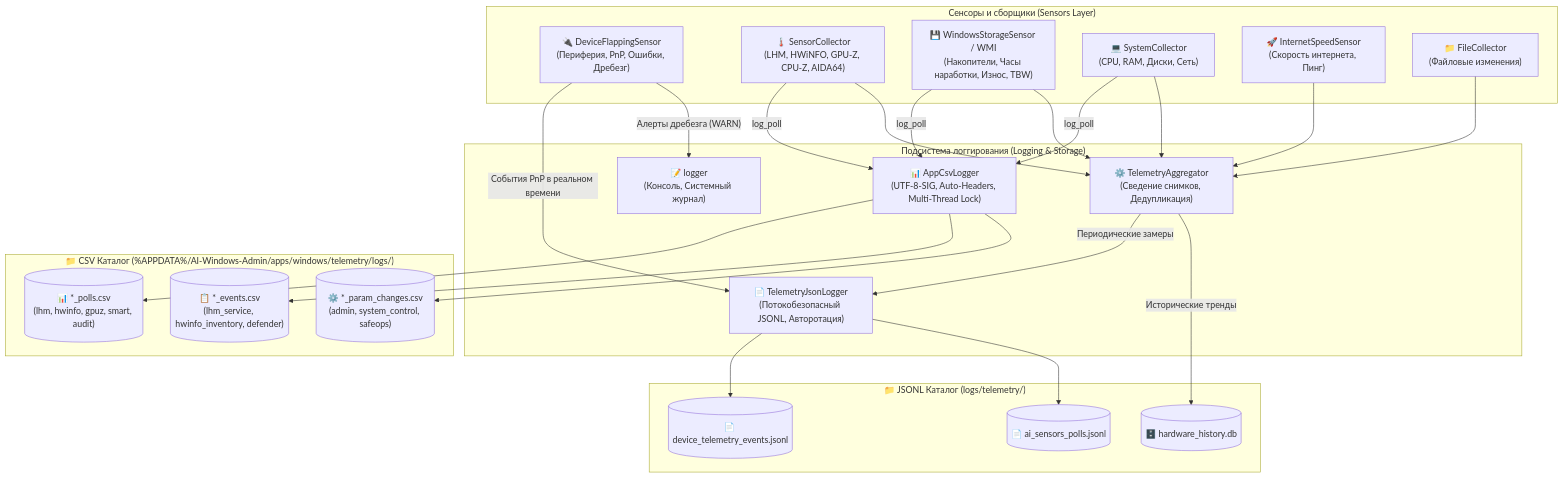
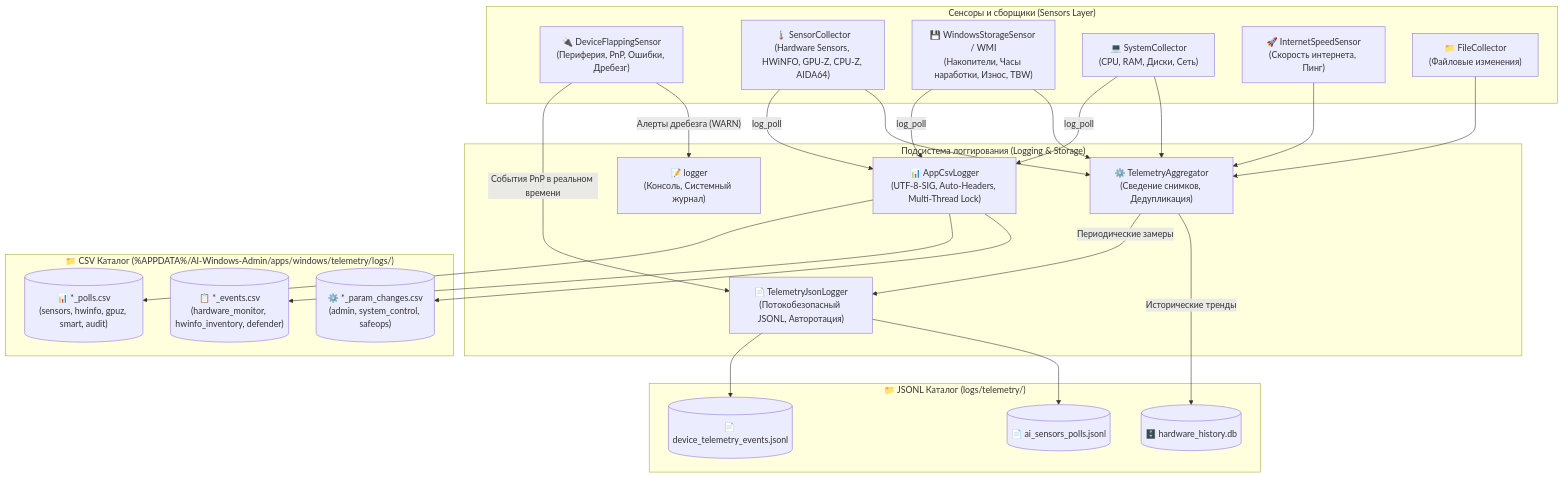
One commit to hypo69/AI-TC changed the diagram in docs/ru/ai-sensors/README.md. Above: the diagram before and after it, drawn with Mermaid. The commit also changed other lines of this file and 1460 other files, not shown here.

````diff
--- a/docs/ru/ai-sensors/README.md
+++ b/docs/ru/ai-sensors/README.md
@@ -24,53 +24,53 @@
 ```mermaid
 flowchart TD
     subgraph Сенсоры["Сенсоры и сборщики (Sensors Layer)"]
         DFS["🔌 DeviceFlappingSensor<br/>(Периферия, PnP, Ошибки, Дребезг)"]
-        SC["🌡️ SensorCollector<br/>(LHM, HWiNFO, GPU-Z, CPU-Z, AIDA64)"]
+        SC["🌡️ SensorCollector<br/>(Hardware Sensors, HWiNFO, GPU-Z, CPU-Z, AIDA64)"]
         SMART["💾 WindowsStorageSensor / WMI<br/>(Накопители, Часы наработки, Износ, TBW)"]
         SysC["💻 SystemCollector<br/>(CPU, RAM, Диски, Сеть)"]
         NetS["🚀 InternetSpeedSensor<br/>(Скорость интернета, Пинг)"]
         FC["📁 FileCollector<br/>(Файловые изменения)"]
     end
 
     subgraph Логгирование["Подсистема логгирования (Logging & Storage)"]
         CSVLog["📊 AppCsvLogger<br/>(UTF-8-SIG, Auto-Headers, Multi-Thread Lock)"]
         Agg["⚙️ TelemetryAggregator<br/>(Сведение снимков, Дедупликация)"]
         JsonLog["📄 TelemetryJsonLogger<br/>(Потокобезопасный JSONL, Авторотация)"]
         SysLog["📝 logger<br/>(Консоль, Системный журнал)"]
     end
 
     subgraph ХранилищеCSV["📁 CSV Каталог (%APPDATA%/AI-Windows-Admin/apps/windows/telemetry/logs/)"]
-        CsvPolls[("📊 *_polls.csv<br/>(lhm, hwinfo, gpuz, smart, audit)")]
-        CsvEvents[("📋 *_events.csv<br/>(lhm_service, hwinfo_inventory, defender)")]
+        CsvPolls[("📊 *_polls.csv<br/>(sensors, hwinfo, gpuz, smart, audit)")]
+        CsvEvents[("📋 *_events.csv<br/>(hardware_monitor, hwinfo_inventory, defender)")]
         CsvParams[("⚙️ *_param_changes.csv<br/>(admin, system_control, safeops)")]
     end
 
     subgraph ХранилищеJSON["📁 JSONL Каталог (logs/telemetry/)"]
         DevEvents[("📄 device_telemetry_events.jsonl")]
         SensPolls[("📄 ai_sensors_polls.jsonl")]
         HistoryDb[("🗄️ hardware_history.db")]
     end
 
     %% CSV записи
     SC -->|"log_poll"| CSVLog
     SMART -->|"log_poll"| CSVLog
     SysC -->|"log_poll"| CSVLog
     CSVLog --> CsvPolls
     CSVLog --> CsvEvents
     CSVLog --> CsvParams
 
     %% JSONL записи
     DFS -->|"События PnP в реальном времени"| JsonLog
     DFS -->|"Алерты дребезга (WARN)"| SysLog
     JsonLog --> DevEvents
 
     SC --> Agg
     SMART --> Agg
     SysC --> Agg
     NetS --> Agg
     FC --> Agg
 
     Agg -->|"Периодические замеры"| JsonLog
     JsonLog --> SensPolls
     Agg -->|"Исторические тренды"| HistoryDb
 ```
````
